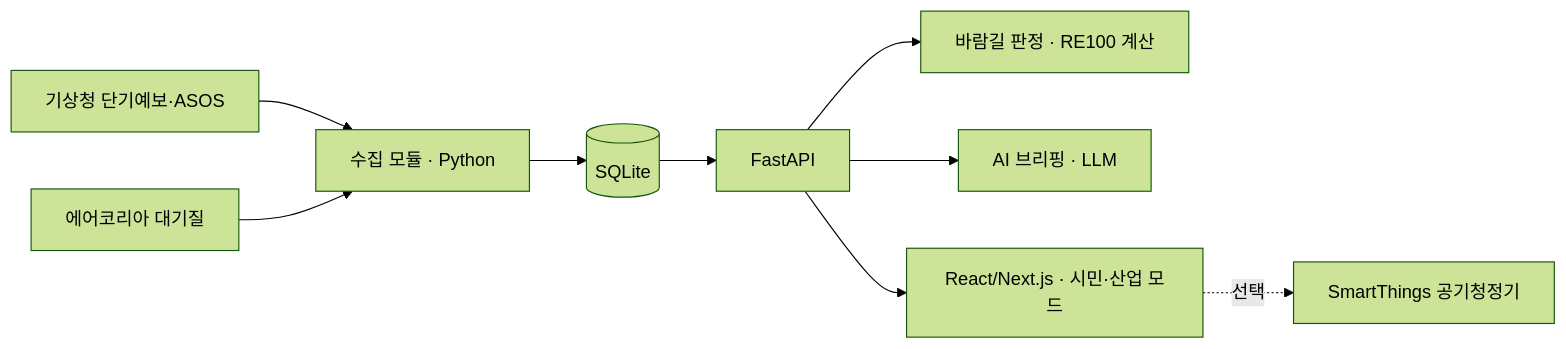
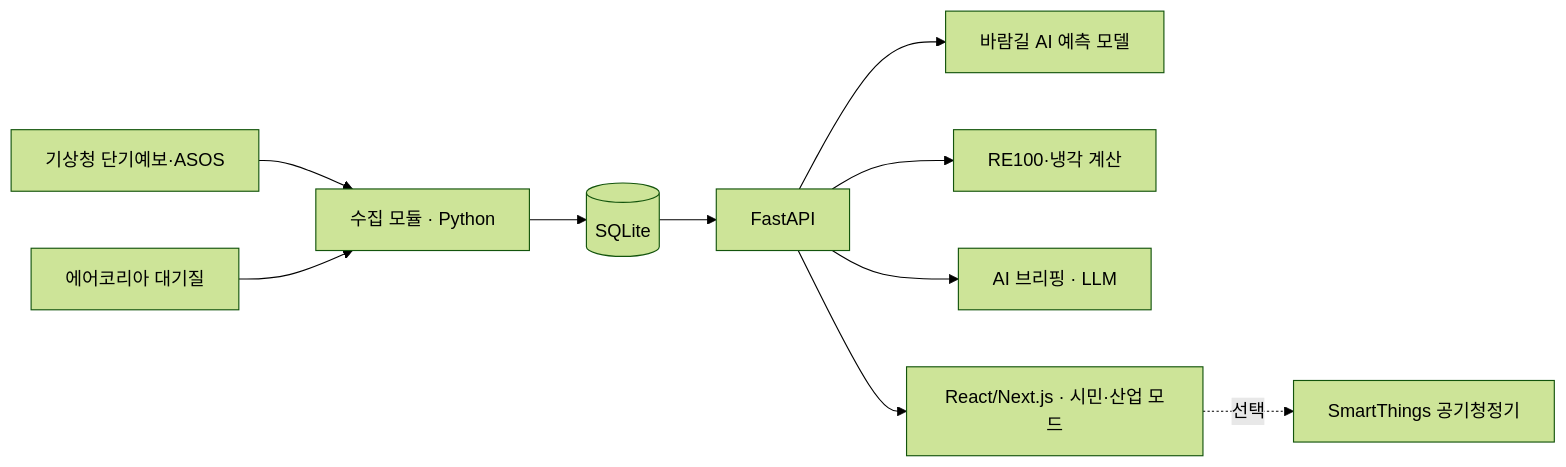
One commit to Willow33426/wave-windpath changed the diagram in README.md. Above: the diagram before and after it, drawn with Mermaid (forest theme). The commit also changed other lines of this file and 2 other files, not shown here.

````diff
--- a/README.md
+++ b/README.md
@@ -55,11 +59,12 @@
 ```mermaid
 flowchart LR
   KMA[기상청 단기예보·ASOS] --> COL[수집 모듈 · Python]
   AIR[에어코리아 대기질] --> COL
   COL --> DB[(SQLite)]
   DB --> API[FastAPI]
-  API --> CALC[바람길 판정 · RE100 계산]
+  API --> ML[바람길 AI 예측 모델]
+  API --> CALC[RE100·냉각 계산]
   API --> LLM[AI 브리핑 · LLM]
   API --> WEB[React/Next.js · 시민·산업 모드]
   WEB -. 선택 .-> ST[SmartThings 공기청정기]
 ```
````
